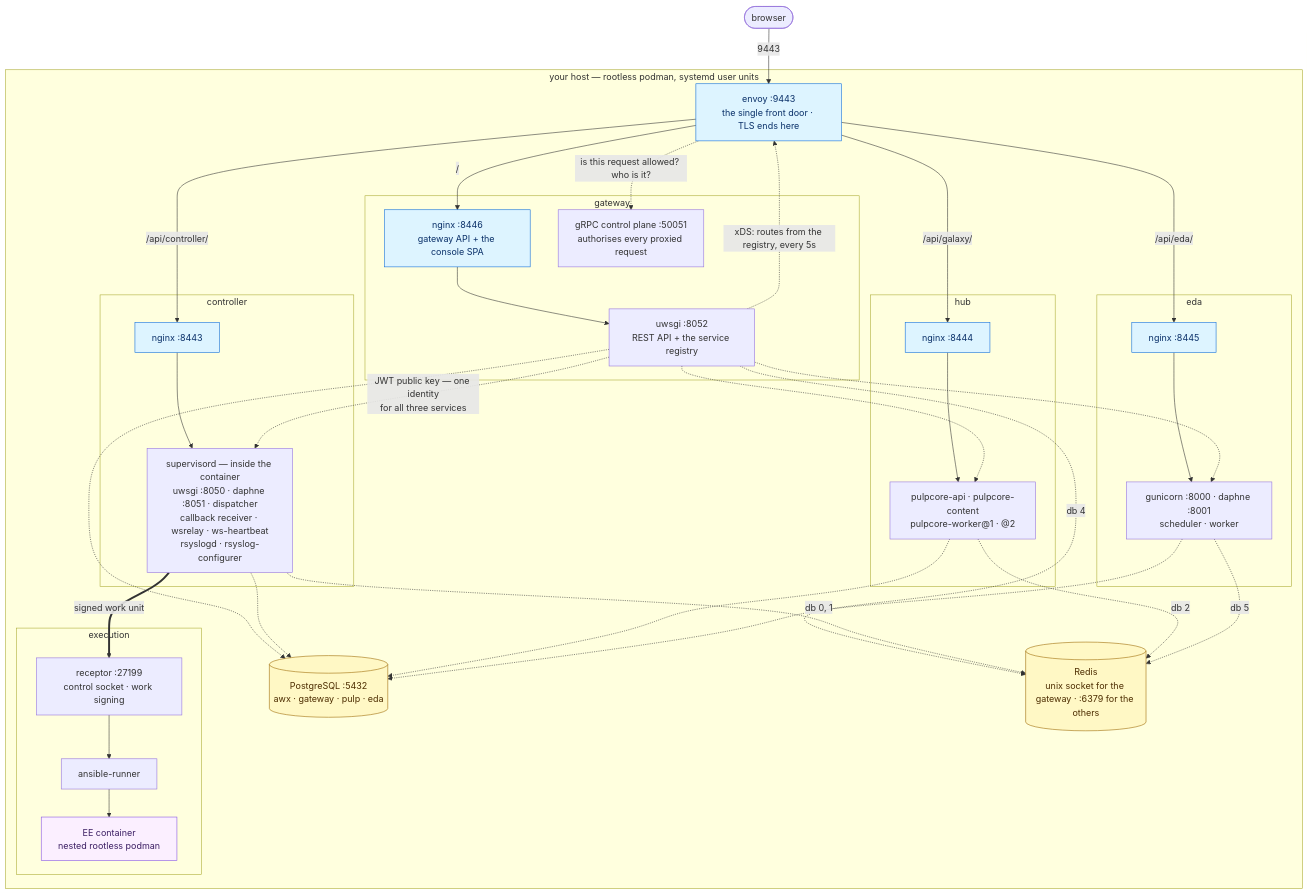
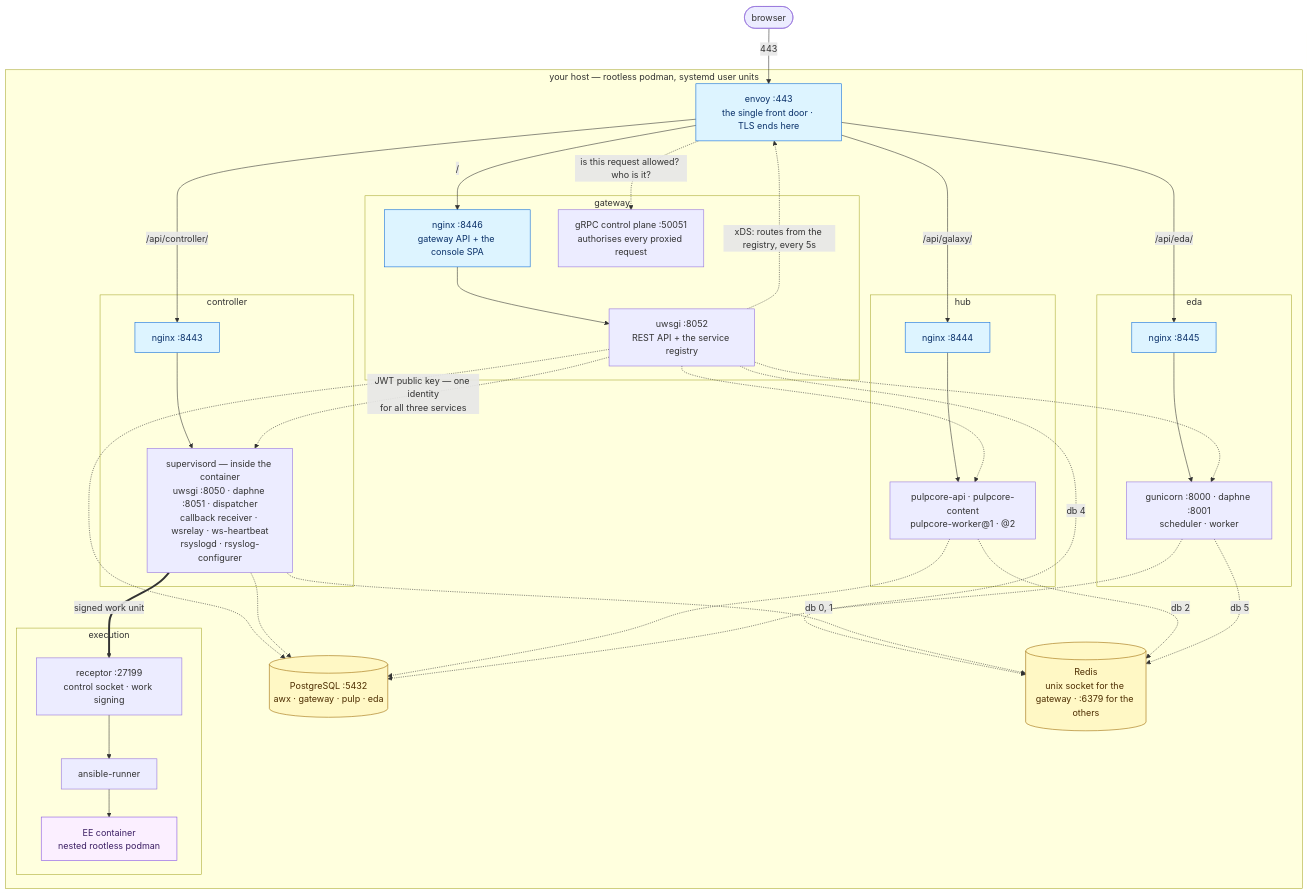
The diagram in README.md (sammonsjl/ace-the-hard-way), drawn with Mermaid before and after one commit. The commit also changed other lines of this file and 8 other files, not shown here.

First line of the commit message:
Move the front door to 443, the way the vendor does it

````diff
--- a/README.md
+++ b/README.md
@@ -35,75 +35,75 @@
 ```mermaid
 flowchart TB
     browser(["browser"])
 
     subgraph HOST["your host — rootless podman, systemd user units"]
-        envoy["envoy :9443<br/>the single front door · TLS ends here"]
+        envoy["envoy :443<br/>the single front door · TLS ends here"]
 
         subgraph GW["gateway"]
             gwnginx["nginx :8446<br/>gateway API + the console SPA"]
             gwuwsgi["uwsgi :8052<br/>REST API + the service registry"]
             gwgrpc["gRPC control plane :50051<br/>authorises every proxied request"]
         end
 
         subgraph CTL["controller"]
             ctlnginx["nginx :8443"]
             ctlsup["supervisord — inside the container<br/>uwsgi :8050 · daphne :8051 · dispatcher<br/>callback receiver · wsrelay · ws-heartbeat<br/>rsyslogd · rsyslog-configurer"]
         end
 
         subgraph EXEC["execution"]
             rcontrol["receptor :27199<br/>control socket · work signing"]
             runner["ansible-runner"]
             podmanc["EE container<br/>nested rootless podman"]
         end
 
         subgraph HUBG["hub"]
             hubnginx["nginx :8444"]
             hubproc["pulpcore-api · pulpcore-content<br/>pulpcore-worker@1 · @2"]
         end
 
         subgraph EDAG["eda"]
             edanginx["nginx :8445"]
             edaproc["gunicorn :8000 · daphne :8001<br/>scheduler · worker"]
         end
 
         pg[("PostgreSQL :5432<br/>awx · gateway · pulp · eda")]
         redis[("Redis<br/>unix socket for the gateway · :6379 for the others")]
     end
 
-    browser -->|"9443"| envoy
+    browser -->|"443"| envoy
     envoy -->|"/"| gwnginx
     envoy -->|"/api/controller/"| ctlnginx
     envoy -->|"/api/galaxy/"| hubnginx
     envoy -->|"/api/eda/"| edanginx
     gwnginx --> gwuwsgi
     ctlnginx --> ctlsup
     hubnginx --> hubproc
     edanginx --> edaproc
 
     gwuwsgi -.->|"xDS: routes from the registry, every 5s"| envoy
     envoy -.->|"is this request allowed? who is it?"| gwgrpc
     gwuwsgi -.->|"JWT public key — one identity<br/>for all three services"| ctlsup
     gwuwsgi -.-> hubproc
     gwuwsgi -.-> edaproc
 
     gwuwsgi -.-> pg
     ctlsup -.-> pg
     hubproc -.-> pg
     edaproc -.-> pg
 
     gwuwsgi -.->|"db 4"| redis
     ctlsup -.->|"db 0, 1"| redis
     hubproc -.->|"db 2"| redis
     edaproc -.->|"db 5"| redis
 
     ctlsup ==>|"signed work unit"| rcontrol
     rcontrol --> runner
     runner --> podmanc
 
     classDef front fill:#ddf4ff,stroke:#0969da,color:#0a3069
     classDef store fill:#fff8c5,stroke:#9a6700,color:#4d2d00
     classDef sandbox fill:#fbefff,stroke:#8250df,color:#3b1e63
     class envoy,gwnginx,ctlnginx,hubnginx,edanginx front
     class pg,redis store
     class podmanc sandbox
 ```
````
